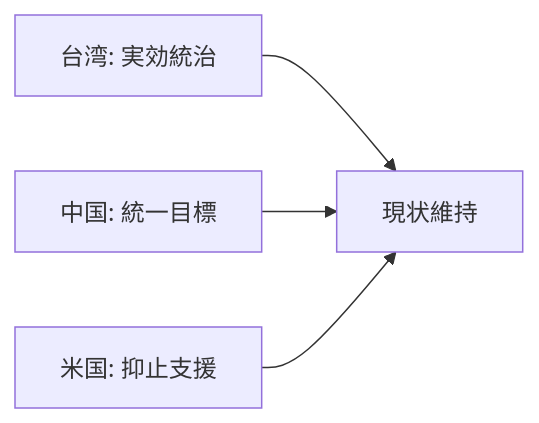
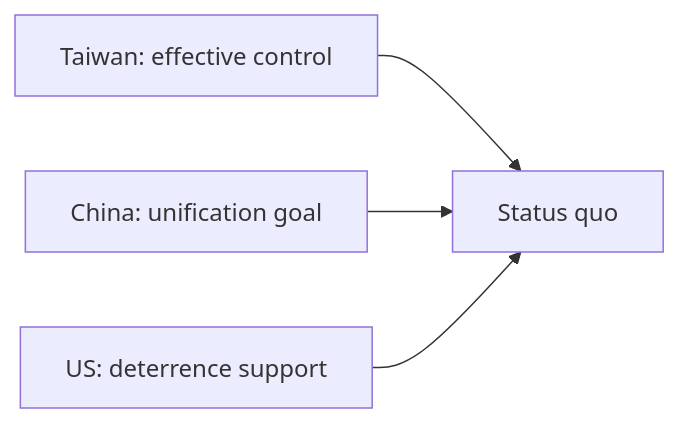
Before and after one commit to daylight55/research: the second of 2 diagrams in content/blog/en/taiwan-history-cross-strait.mdx, drawn with Mermaid. The commit also changed other lines of this file and 26 other files, not shown here.

Commit message:
Translate English Mermaid labels

````diff
--- a/content/blog/en/taiwan-history-cross-strait.mdx
+++ b/content/blog/en/taiwan-history-cross-strait.mdx
@@ -49,11 +49,11 @@
 ```mermaid
 flowchart LR
-    Taiwan["台湾: 実効統治"]
-    PRC["中国: 統一目標"]
-    US["米国: 抑止支援"]
-    StatusQuo["現状維持"]
+    Taiwan["Taiwan: effective control"]
+    PRC["China: unification goal"]
+    US["US: deterrence support"]
+    StatusQuo["Status quo"]
 
     Taiwan --> StatusQuo
     PRC --> StatusQuo
     US --> StatusQuo
 ```
````
